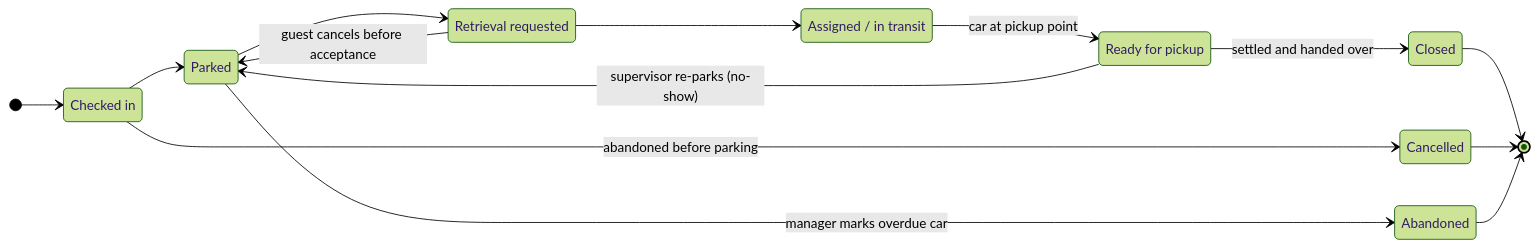
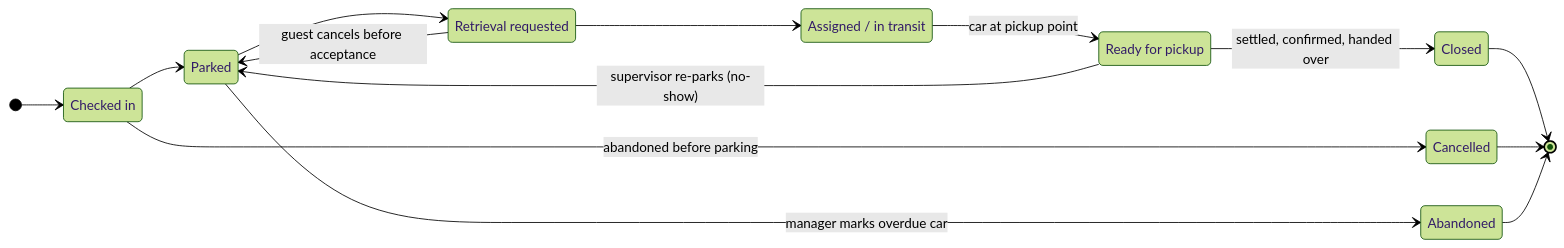
The second of 2 diagrams in docs/SRS.md (susheelsanagapalli/valet-parking-system), drawn with Mermaid (forest theme) before and after one commit. The commit also changed other lines of this file and 1 other file, not shown here.

````diff
--- a/docs/SRS.md
+++ b/docs/SRS.md
@@ -375,22 +501,22 @@
 ```mermaid
 stateDiagram-v2
     direction LR
     [*] --> CheckedIn
     CheckedIn --> Parked
     CheckedIn --> Cancelled: abandoned before parking
     Parked --> RetrievalRequested
     Parked --> Abandoned: manager marks overdue car
     RetrievalRequested --> Parked: guest cancels before acceptance
     RetrievalRequested --> AssignedInTransit
     AssignedInTransit --> ReadyForPickup: car at pickup point
     ReadyForPickup --> Parked: supervisor re-parks (no-show)
-    ReadyForPickup --> Closed: settled and handed over
+    ReadyForPickup --> Closed: settled, confirmed, handed over
     Closed --> [*]
     Cancelled --> [*]
     Abandoned --> [*]
 
     CheckedIn: Checked in
     RetrievalRequested: Retrieval requested
     AssignedInTransit: Assigned / in transit
     ReadyForPickup: Ready for pickup
 ```
````
